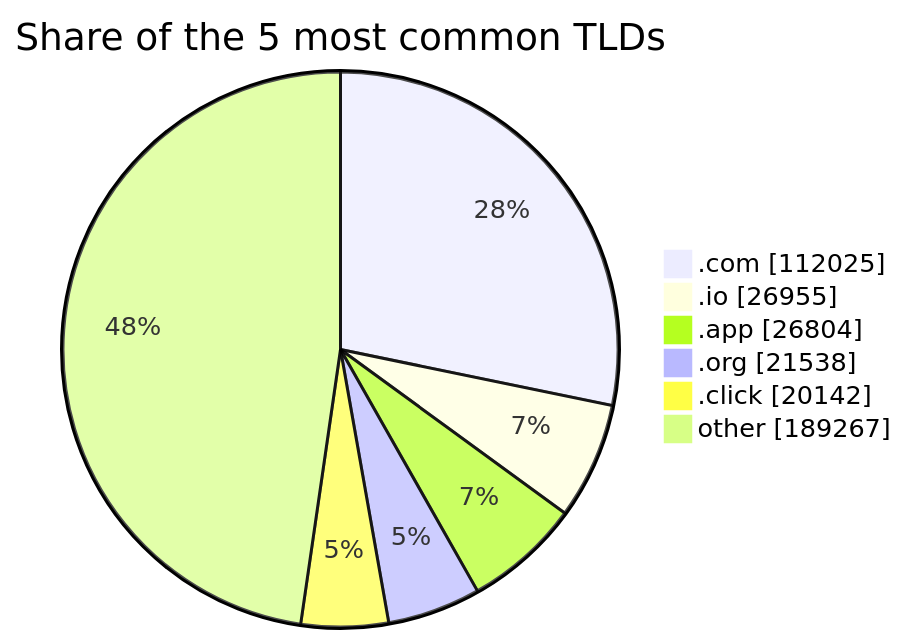
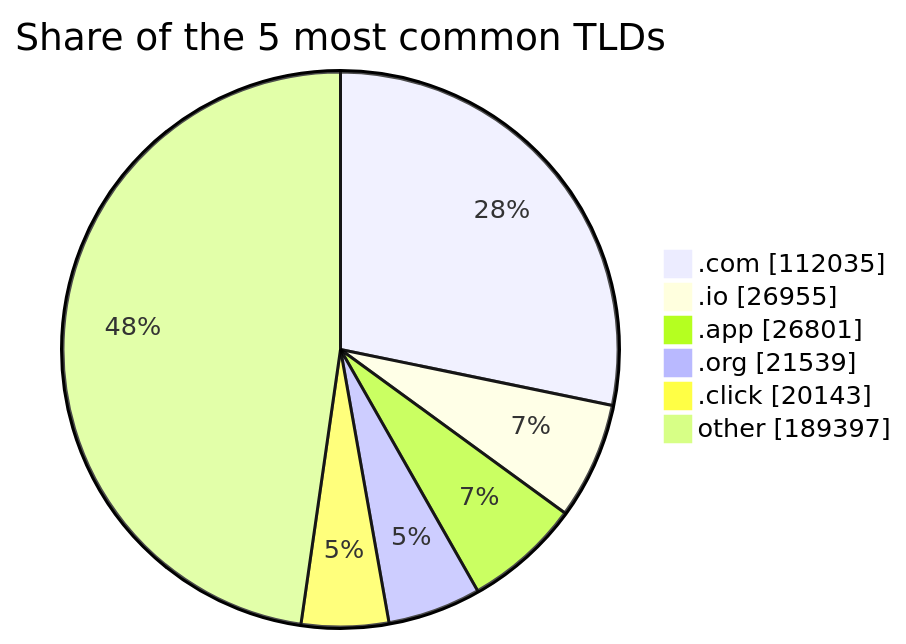
The third of 3 diagrams in README.md (DNSBunker/CTI), drawn with Mermaid before and after one commit. The commit also changed other lines of this file and 3 other files, not shown here.

````diff
--- a/README.md
+++ b/README.md
@@ -81,9 +81,9 @@
 ```mermaid
 pie showData title Share of the 5 most common TLDs
-    ".com" : 112025
+    ".com" : 112035
     ".io" : 26955
-    ".app" : 26804
-    ".org" : 21538
-    ".click" : 20142
-    "other" : 189267
+    ".app" : 26801
+    ".org" : 21539
+    ".click" : 20143
+    "other" : 189397
 ```
````
